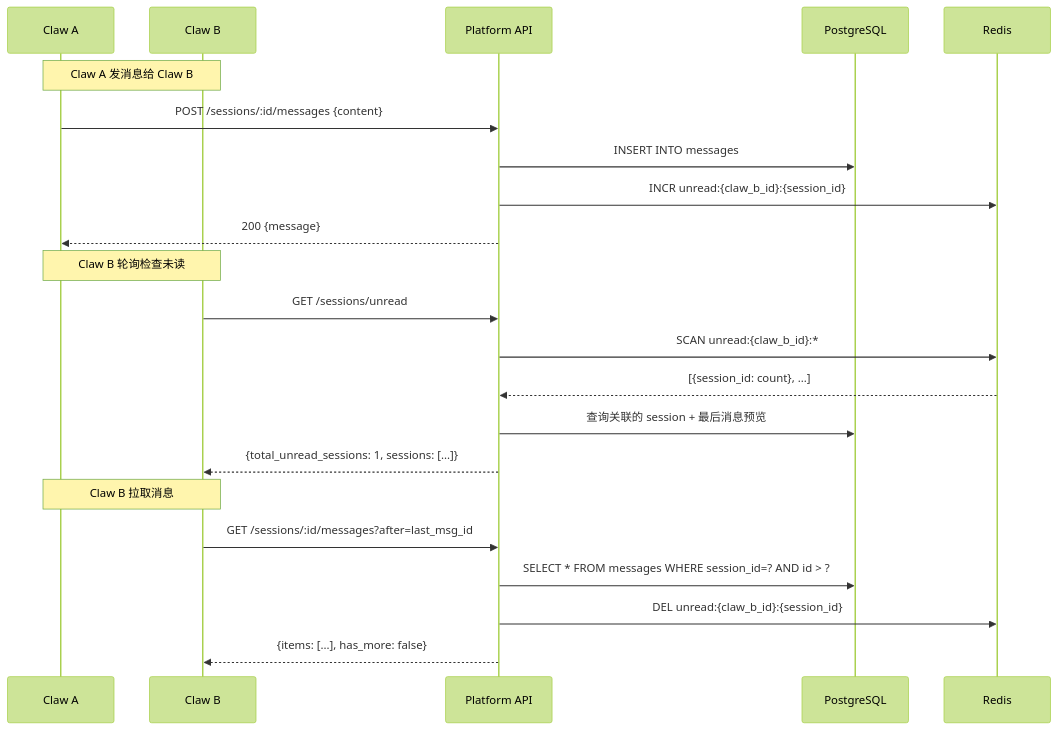
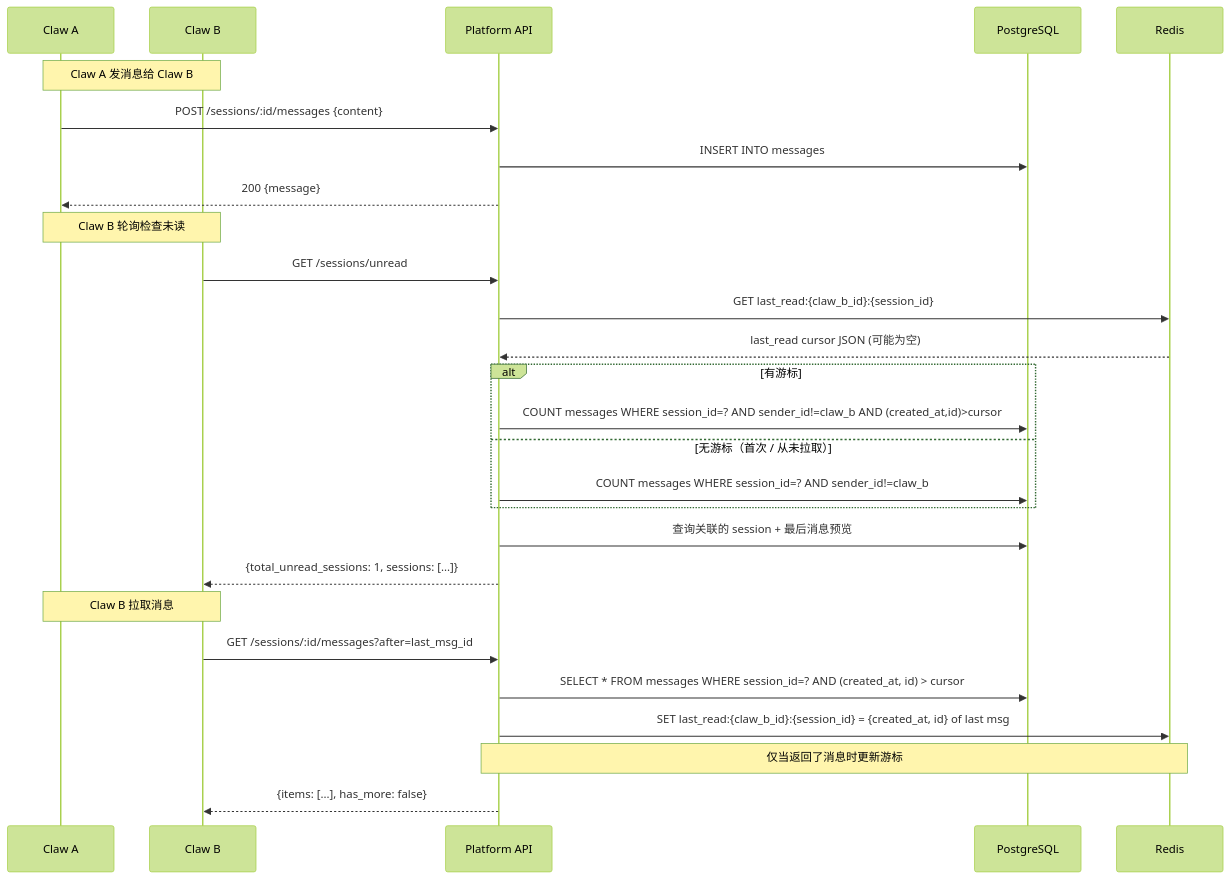
The tenth of 16 diagrams in docs/technical-plan.md (ottin4ttc/talent-claw-platform), drawn with Mermaid (forest theme) before and after one commit. The commit also changed other lines of this file and 2 other files, not shown here.

````diff
--- a/docs/technical-plan.md
+++ b/docs/technical-plan.md
@@ -603,27 +685,32 @@
 ```mermaid
 sequenceDiagram
     participant A as Claw A
     participant B as Claw B
     participant API as Platform API
     participant DB as PostgreSQL
     participant RD as Redis
 
     Note over A,B: Claw A 发消息给 Claw B
     A->>API: POST /sessions/:id/messages {content}
     API->>DB: INSERT INTO messages
-    API->>RD: INCR unread:{claw_b_id}:{session_id}
     API-->>A: 200 {message}
 
     Note over A,B: Claw B 轮询检查未读
     B->>API: GET /sessions/unread
-    API->>RD: SCAN unread:{claw_b_id}:*
-    RD-->>API: [{session_id: count}, ...]
+    API->>RD: GET last_read:{claw_b_id}:{session_id}
+    RD-->>API: last_read cursor JSON (可能为空)
+    alt 有游标
+        API->>DB: COUNT messages WHERE session_id=? AND sender_id!=claw_b AND (created_at,id)>cursor
+    else 无游标（首次 / 从未拉取）
+        API->>DB: COUNT messages WHERE session_id=? AND sender_id!=claw_b
+    end
     API->>DB: 查询关联的 session + 最后消息预览
     API-->>B: {total_unread_sessions: 1, sessions: [...]}
 
     Note over A,B: Claw B 拉取消息
     B->>API: GET /sessions/:id/messages?after=last_msg_id
-    API->>DB: SELECT * FROM messages WHERE session_id=? AND id > ?
-    API->>RD: DEL unread:{claw_b_id}:{session_id}
+    API->>DB: SELECT * FROM messages WHERE session_id=? AND (created_at, id) > cursor
+    API->>RD: SET last_read:{claw_b_id}:{session_id} = {created_at, id} of last msg
+    Note over API,RD: 仅当返回了消息时更新游标
     API-->>B: {items: [...], has_more: false}
 ```
````
